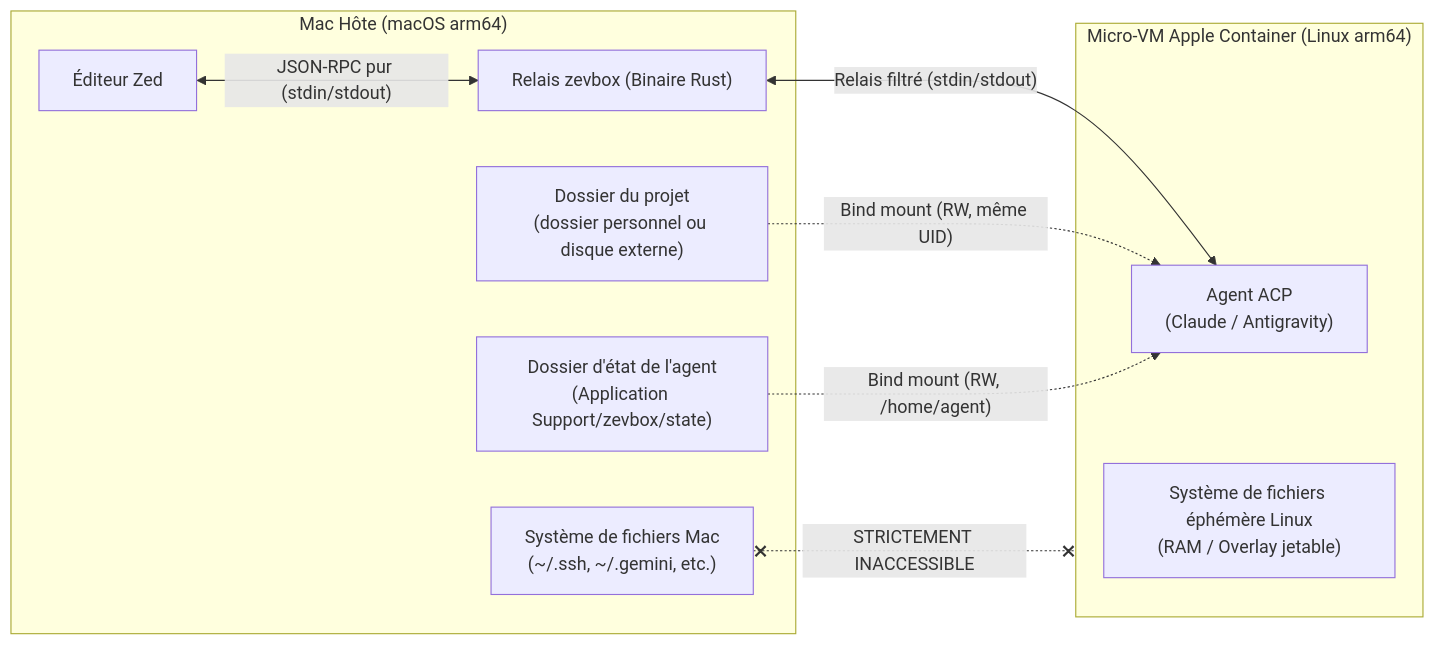
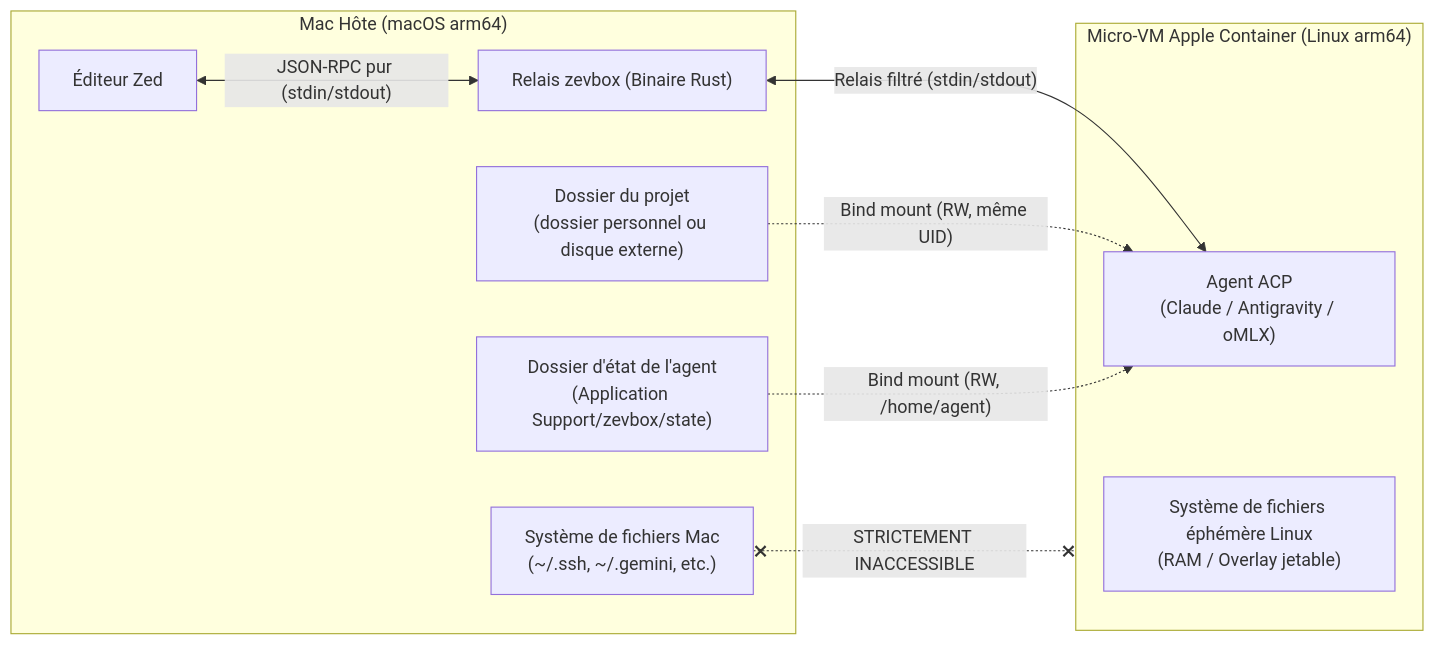
Before and after one commit to brainztorm/zevbox: the first of 8 diagrams in docs/fr/ARCHITECTURE.md, drawn with Mermaid. The commit also changed other lines of this file and 27 other files, not shown here.

First line of the commit message:
omlx: third agent, the Claude adapter on a local oMLX server

````diff
--- a/docs/fr/ARCHITECTURE.md
+++ b/docs/fr/ARCHITECTURE.md
@@ -22,21 +22,21 @@
 ```mermaid
 flowchart LR
     subgraph Host ["Mac Hôte (macOS arm64)"]
         Zed["Éditeur Zed"]
         Zevbox["Relais zevbox (Binaire Rust)"]
         UserFS["Système de fichiers Mac\n(~/.ssh, ~/.gemini, etc.)"]
         ProjectDir["Dossier du projet\n(dossier personnel ou disque externe)"]
         StateDir["Dossier d'état de l'agent\n(Application Support/zevbox/state)"]
     end
 
     subgraph VM ["Micro-VM Apple Container (Linux arm64)"]
-        Agent["Agent ACP\n(Claude / Antigravity)"]
+        Agent["Agent ACP\n(Claude / Antigravity / oMLX)"]
         VMFS["Système de fichiers éphémère Linux\n(RAM / Overlay jetable)"]
     end
 
     Zed <-->|"JSON-RPC pur (stdin/stdout)"| Zevbox
     Zevbox <-->|"Relais filtré (stdin/stdout)"| Agent
     ProjectDir -.->|"Bind mount (RW, même UID)"| Agent
     StateDir -.->|"Bind mount (RW, /home/agent)"| Agent
     UserFS x-.-x|"STRICTEMENT INACCESSIBLE"| VM
 ```
````
